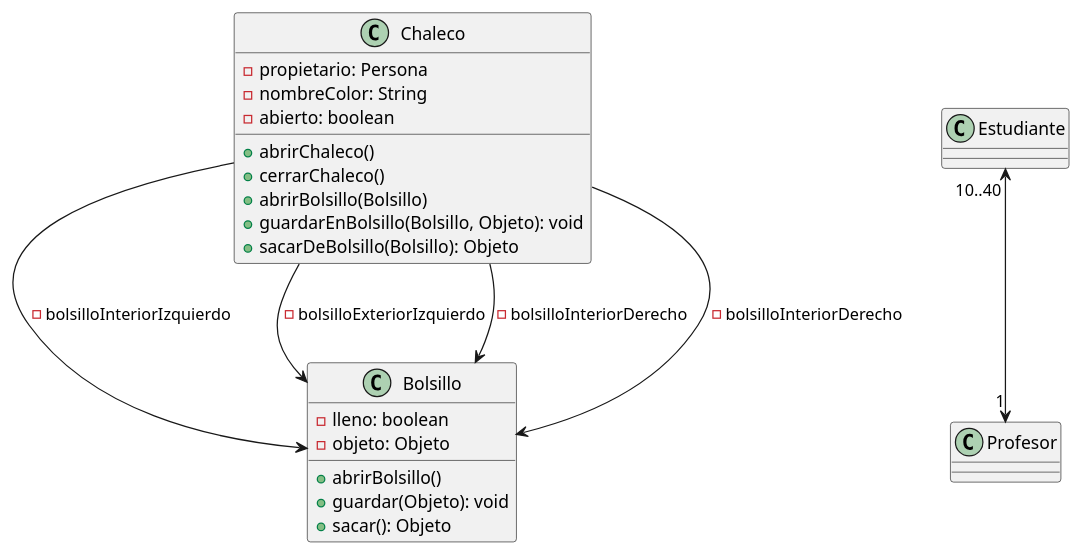
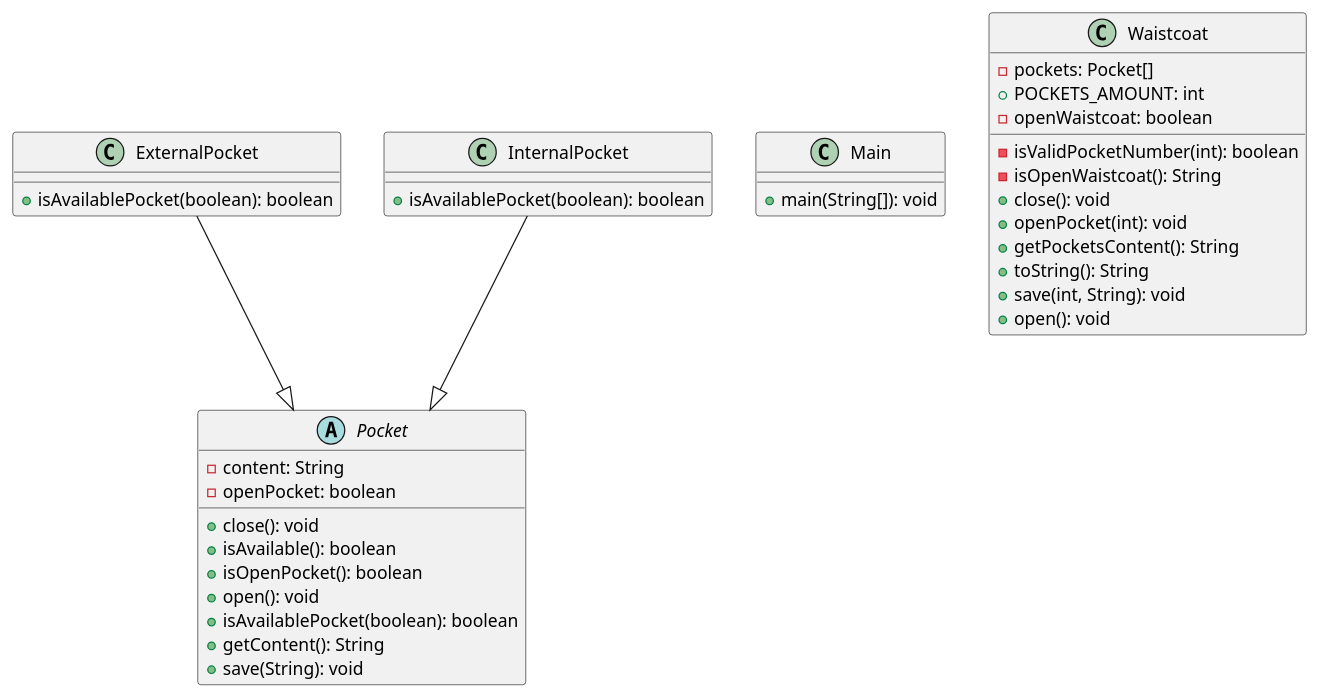
One commit to wesdell/java_introduction changed the diagram in src/Waistcoat.puml. Above: the diagram before and after it, drawn with PlantUML. The commit also changed 5 other files, not shown here.

```diff
--- a/src/Waistcoat.puml
+++ b/src/Waistcoat.puml
@@ -1,39 +1,38 @@
 @startuml
-
-class Chaleco {
--propietario: Persona
--nombreColor: String
--abierto: boolean
-'-bolsilloInteriorIzquierdo: Bolsillo
-'-bolsilloExteriorIzquierdo: Bolsillo
-'-bolsilloInteriorDerecho: Bolsillo
-'-bolsilloExteriorDerecho: Bolsillo
-+abrirChaleco()
-+cerrarChaleco()
-+abrirBolsillo(Bolsillo)
-+guardarEnBolsillo(Bolsillo, Objeto): void
-+sacarDeBolsillo(Bolsillo): Objeto
+class ExternalPocket {
+  + isAvailablePocket(boolean): boolean
+}
+class InternalPocket {
+  + isAvailablePocket(boolean): boolean
+}
+class Main {
+  + main(String[]): void
+}
+abstract class Pocket {
+  - content: String
+  - openPocket: boolean
+  + close(): void
+  + isAvailable(): boolean
+  + isOpenPocket(): boolean
+  + open(): void
+  + isAvailablePocket(boolean): boolean
+  + getContent(): String
+  + save(String): void
+}
+class Waistcoat {
+  - pockets: Pocket[]
+  + POCKETS_AMOUNT: int
+  - openWaistcoat: boolean
+  - isValidPocketNumber(int): boolean
+  - isOpenWaistcoat(): String
+  + close(): void
+  + openPocket(int): void
+  + getPocketsContent(): String
+  + toString(): String
+  + save(int, String): void
+  + open(): void
 }
 
-class Bolsillo {
--lleno: boolean
--objeto: Objeto
-+abrirBolsillo()
-+guardar(Objeto): void
-+sacar(): Objeto
-}
-
-Chaleco --> Bolsillo: -bolsilloInteriorIzquierdo
-Chaleco --> Bolsillo: -bolsilloExteriorIzquierdo
-Chaleco --> Bolsillo: -bolsilloInteriorDerecho
-Chaleco --> Bolsillo: -bolsilloInteriorDerecho
-
-class Estudiante
-class Profesor
-
-' Multiplicidad
-' Por 1 profesor se tiene de entre
-' 10 a 40 estudiantes.
-' * cuantificador de infinito.
-Estudiante "10..40"<-->"1" Profesor
+ExternalPocket  --|>  Pocket
+InternalPocket  --|>  Pocket
 @enduml
```
